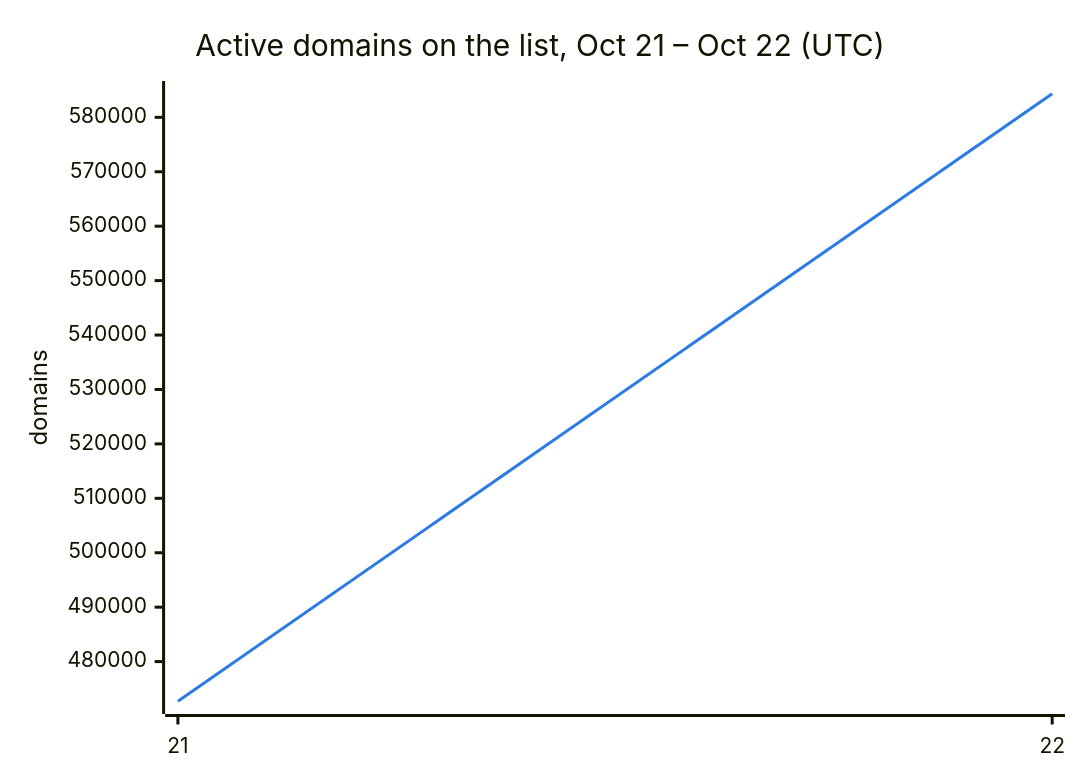
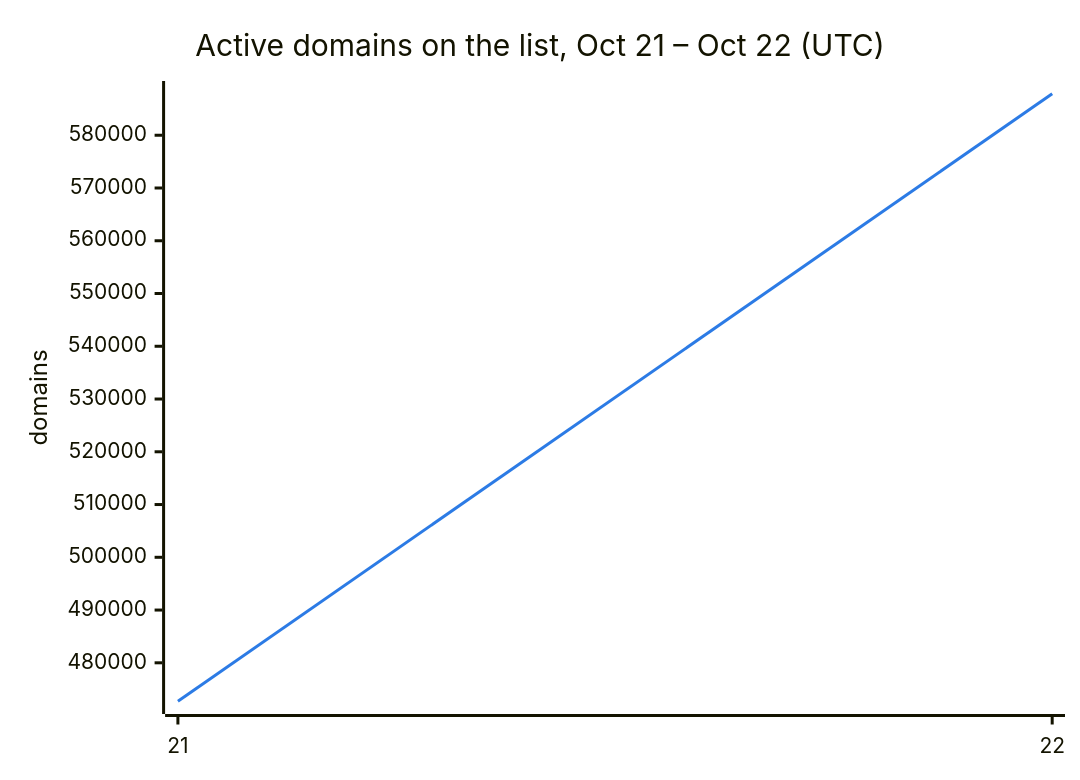
Before and after one commit to DNSBunker/CTI: the second of 3 diagrams in README.md, drawn with Mermaid. The commit also changed other lines of this file and 3 other files, not shown here.

````diff
--- a/README.md
+++ b/README.md
@@ -38,8 +38,8 @@
 ```mermaid
 %%{init: {"themeVariables": {"xyChart": {"plotColorPalette": "#2c7be5"}}}}%%
 xychart-beta
     title "Active domains on the list, Oct 21 – Oct 22 (UTC)"
     x-axis ["21", "22"]
     y-axis "domains"
-    line [472713, 584333]
+    line [472713, 587865]
 ```
````
